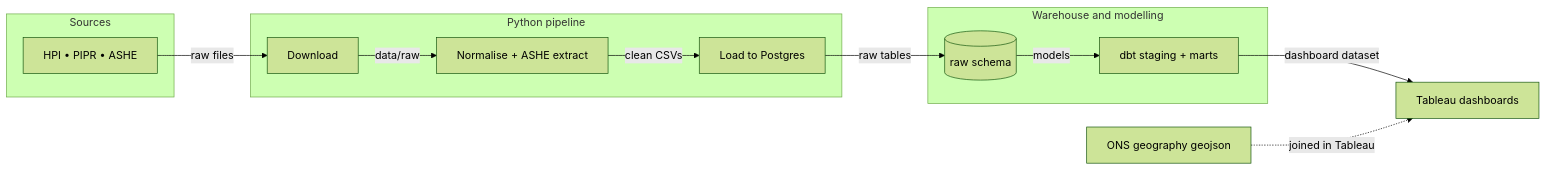
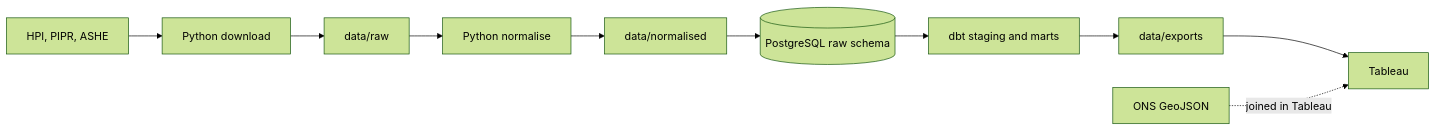
One commit to aosman101/london-housing-analytics changed the diagram in README.md. Above: the diagram before and after it, drawn with Mermaid (forest theme). The commit also changed other lines of this file, not shown here.

````diff
--- a/README.md
+++ b/README.md
@@ -39,28 +21,12 @@
 ```mermaid
 flowchart LR
-    subgraph A[Sources]
-        SRC[HPI • PIPR • ASHE]
-    end
-
-    subgraph B[Python pipeline]
-        EX[Download]
-        NORM[Normalise + ASHE extract]
-        LOAD[Load to Postgres]
-    end
-
-    subgraph C[Warehouse and modelling]
-        RAW[(raw schema)]
-        DBT[dbt staging + marts]
-    end
-
-    TAB[Tableau dashboards]
-    GEO[ONS geography geojson]
-
-    SRC -->|raw files| EX
-    EX -->|data/raw| NORM
-    NORM -->|clean CSVs| LOAD
-    LOAD -->|raw tables| RAW
-    RAW -->|models| DBT
-    DBT -->|dashboard dataset| TAB
-    GEO -.->|joined in Tableau| TAB
+    SRC[HPI, PIPR, ASHE] --> DL[Python download]
+    DL --> RAW[data/raw]
+    RAW --> NORM[Python normalise]
+    NORM --> CSV[data/normalised]
+    CSV --> PG[(PostgreSQL raw schema)]
+    PG --> DBT[dbt staging and marts]
+    DBT --> EXP[data/exports]
+    EXP --> TAB[Tableau]
+    GEO[ONS GeoJSON] -. joined in Tableau .-> TAB
 ```
````
